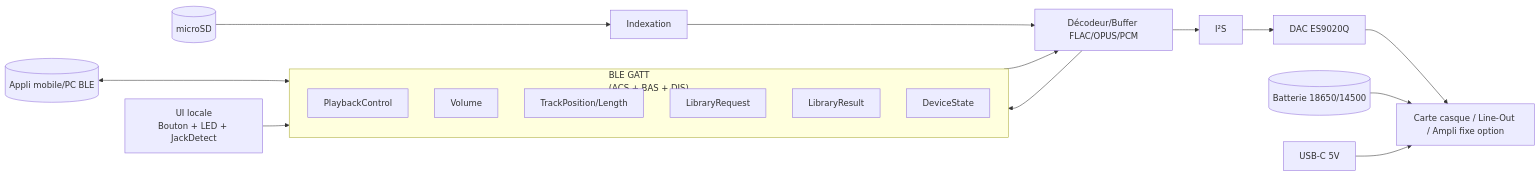
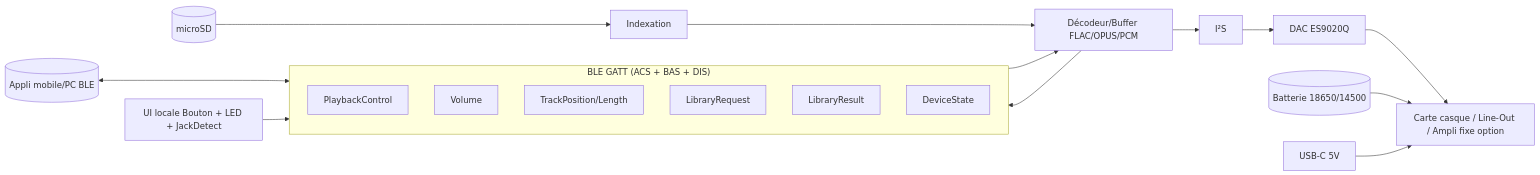
Before and after one commit to cyrilmhansen/tiresias-pod: the first of 8 diagrams in docs/diagrams.md, drawn with Mermaid. The commit also changed other lines of this file and 3 other files, not shown here.

````diff
--- a/docs/diagrams.md
+++ b/docs/diagrams.md
@@ -11,29 +11,29 @@
 ```mermaid
 flowchart LR
   App[(Appli mobile/PC BLE)]
-  subgraph BLE["BLE GATT\n(ACS + BAS + DIS)"]
+  subgraph BLE["BLE GATT (ACS + BAS + DIS)"]
     PlayCtrl[PlaybackControl]
     Vol[Volume]
     Pos[TrackPosition/Length]
     LibReq[LibraryRequest]
     LibRes[LibraryResult]
     Dev[DeviceState]
   end
-  UI[UI locale\nBouton + LED + JackDetect]
+  UI[UI locale Bouton + LED + JackDetect]
   SD[(microSD)]
   IDX[Indexation]
   DEC[Décodeur/Buffer FLAC/OPUS/PCM]
   I2S[I²S]
   DAC[DAC ES9020Q]
   OUT[Carte casque / Line-Out / Ampli fixe option]
   Batt[(Batterie 18650/14500)]
   USB[USB-C 5V]
 
   App <---> BLE
   UI --> BLE
   SD --> IDX --> DEC --> I2S --> DAC --> OUT
   BLE --> DEC
   DEC --> BLE
   Batt --> OUT
   USB --> OUT
 ```
````
